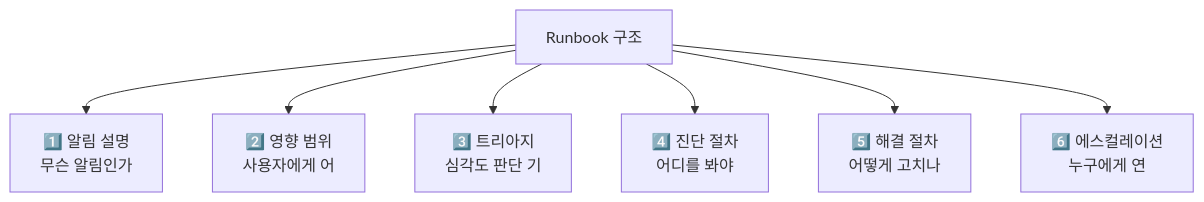
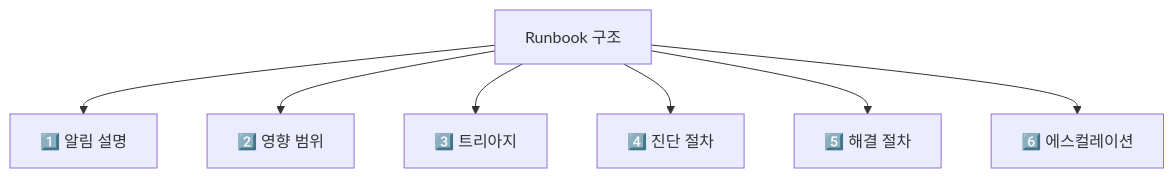
One commit to yjkim2015/yjkim2015.github.io changed the seventh of 8 diagrams in _posts/monitoring/2026-05-03-sre-golden-signals.md. Above: the diagram before and after it, drawn with Mermaid. The commit also changed other lines of this file and 217 other files, not shown here.

First line of the commit message:
Mermaid 크기 수정: useMaxWidth:true + SVG max-width:100% + 라벨 축소

````diff
--- a/_posts/monitoring/2026-05-03-sre-golden-signals.md
+++ b/_posts/monitoring/2026-05-03-sre-golden-signals.md
@@ -450,10 +450,10 @@
 ```mermaid
 graph TD
     RB["Runbook 구조"]
-    RB --> WHAT["1️⃣ 알림 설명\n무슨 알림인가"]
-    RB --> IMPACT["2️⃣ 영향 범위\n사용자에게 어"]
-    RB --> TRIAGE["3️⃣ 트리아지\n심각도 판단 기"]
-    RB --> DIAG["4️⃣ 진단 절차\n어디를 봐야"]
-    RB --> RESOLVE["5️⃣ 해결 절차\n어떻게 고치나"]
-    RB --> ESCAL["6️⃣ 에스컬레이션\n누구에게 연"]
+    RB --> WHAT["1️⃣ 알림 설명"]
+    RB --> IMPACT["2️⃣ 영향 범위"]
+    RB --> TRIAGE["3️⃣ 트리아지"]
+    RB --> DIAG["4️⃣ 진단 절차"]
+    RB --> RESOLVE["5️⃣ 해결 절차"]
+    RB --> ESCAL["6️⃣ 에스컬레이션"]
 ```
````
